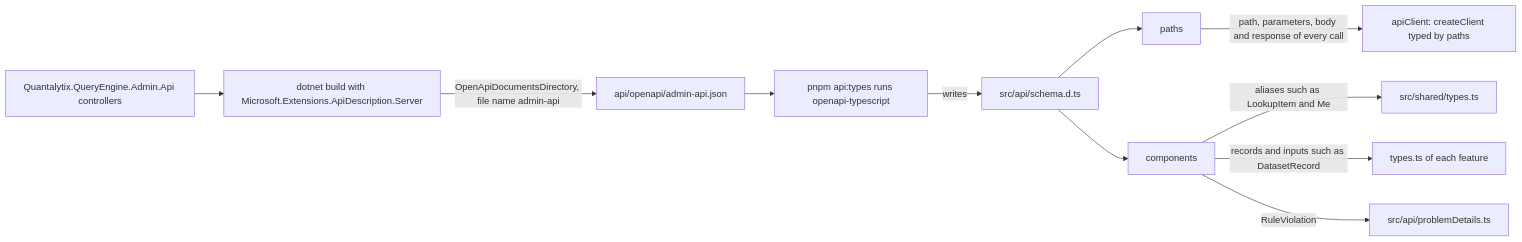
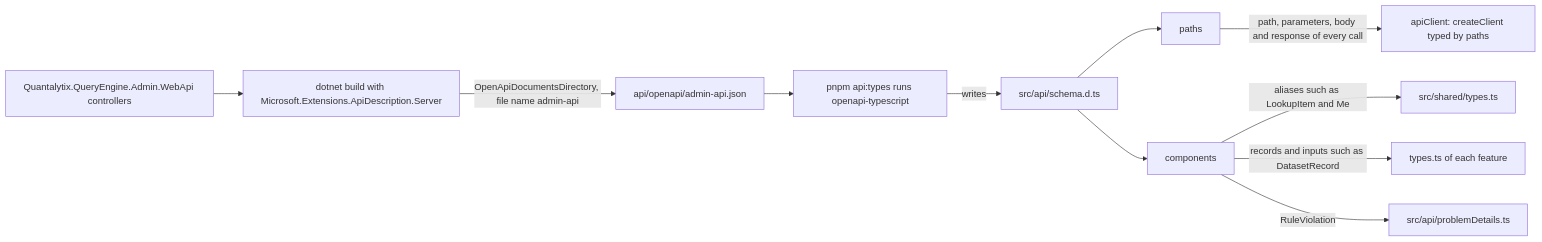
One commit to chrisaliotta/Quantalytix.QueryEngine.Admin changed the third of 3 diagrams in web/docs/architecture/01-architecture.md. Above: the diagram before and after it, drawn with Mermaid. The commit also changed other lines of this file and 331 other files, not shown here.

First line of the commit message:
refactor: update project structure and documentation for WebApi

````diff
--- a/web/docs/architecture/01-architecture.md
+++ b/web/docs/architecture/01-architecture.md
@@ -107,24 +107,24 @@
 ```mermaid
 flowchart LR
-    ApiProject["Quantalytix.QueryEngine.Admin.Api controllers"]
+    ApiProject["Quantalytix.QueryEngine.Admin.WebApi controllers"]
     DotnetBuild["dotnet build with Microsoft.Extensions.ApiDescription.Server"]
     Document["api/openapi/admin-api.json"]
     Generator["pnpm api:types runs openapi-typescript"]
     Schema["src/api/schema.d.ts"]
     Paths["paths"]
     Components["components"]
     Client["apiClient: createClient typed by paths"]
     SharedTypes["src/shared/types.ts"]
     FeatureTypes["types.ts of each feature"]
     Problem["src/api/problemDetails.ts"]
     ApiProject --> DotnetBuild
     DotnetBuild -->|"OpenApiDocumentsDirectory, file name admin-api"| Document
     Document --> Generator
     Generator -->|"writes"| Schema
     Schema --> Paths
     Schema --> Components
     Paths -->|"path, parameters, body and response of every call"| Client
     Components -->|"aliases such as LookupItem and Me"| SharedTypes
     Components -->|"records and inputs such as DatasetRecord"| FeatureTypes
     Components -->|"RuleViolation"| Problem
 ```
````
